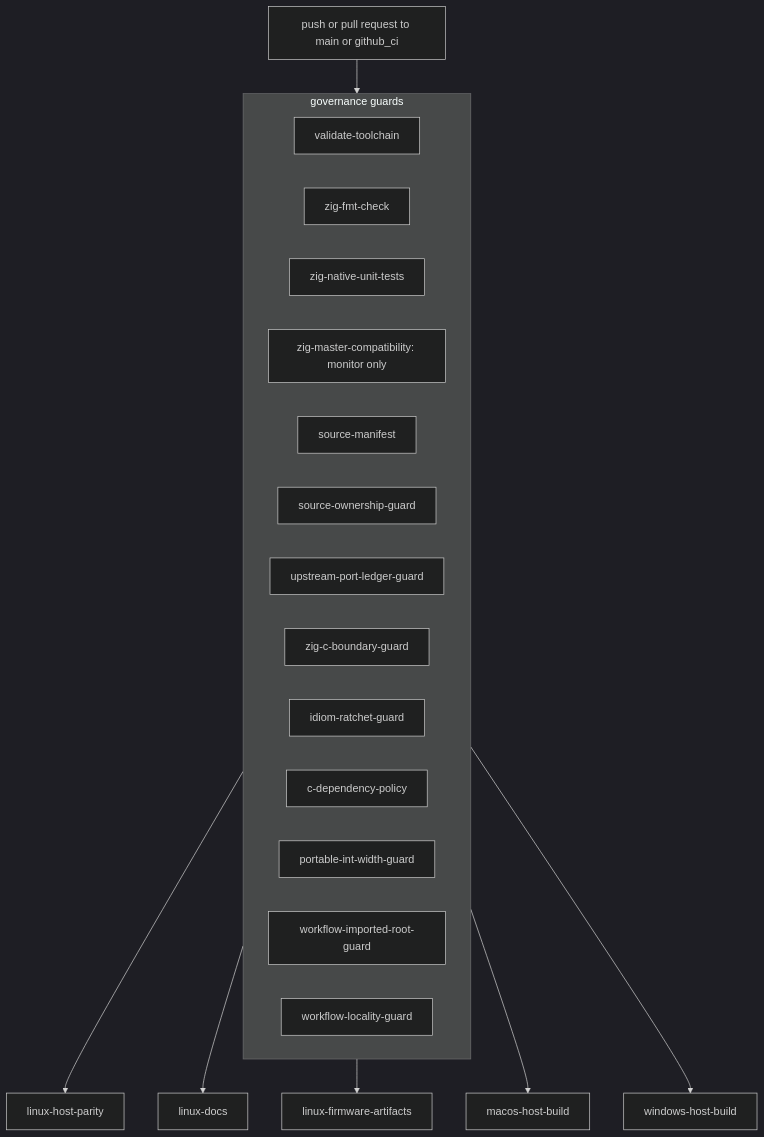
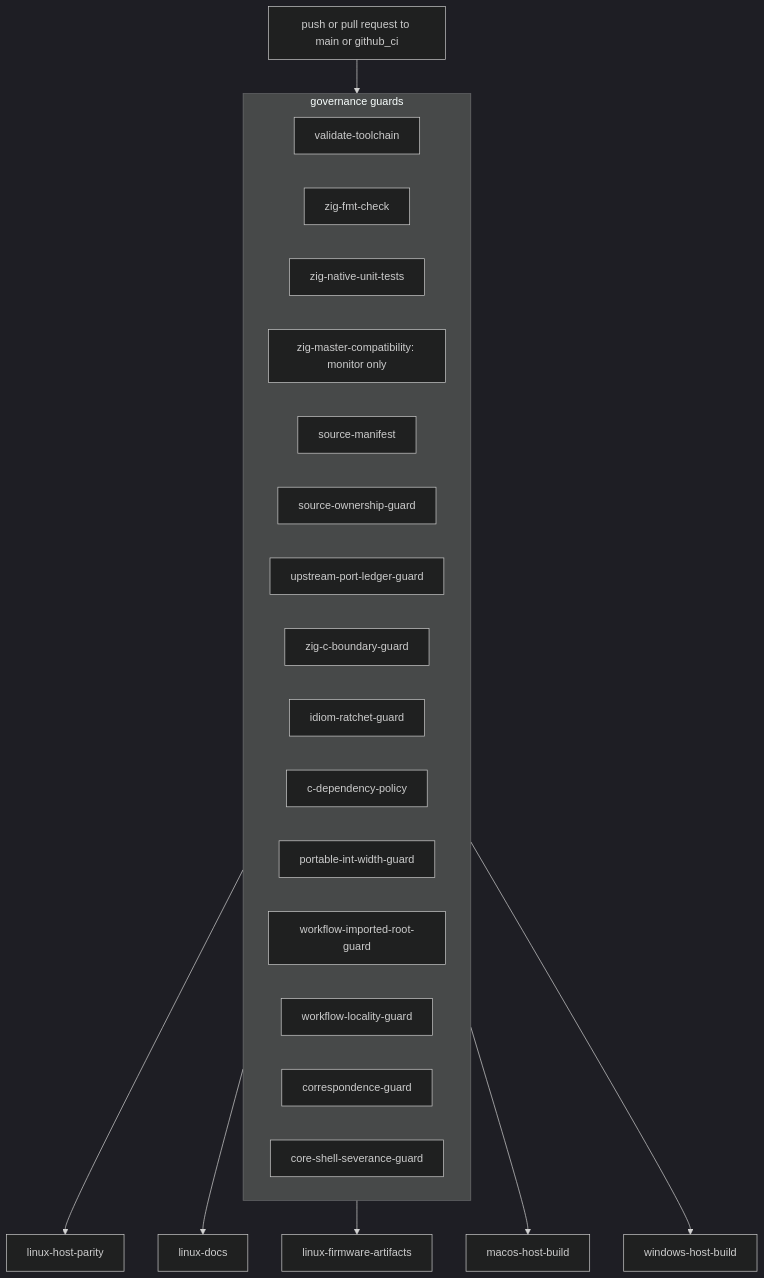
The diagram in docs/60-ci-and-release-workflow.md (ppigazzini/z47), drawn with Mermaid (dark theme) before and after one commit. The commit also changed other lines of this file and 15 other files, not shown here.

````diff
--- a/docs/60-ci-and-release-workflow.md
+++ b/docs/60-ci-and-release-workflow.md
@@ -31,27 +32,29 @@
 ```mermaid
 flowchart TD
   A[push or pull request to main or github_ci]
 
   subgraph guards[governance guards]
     B[validate-toolchain]
     C[zig-fmt-check]
     D[zig-native-unit-tests]
     E[zig-master-compatibility: monitor only]
     F[source-manifest]
     G[source-ownership-guard]
     H[upstream-port-ledger-guard]
     I[zig-c-boundary-guard]
     J[idiom-ratchet-guard]
     K[c-dependency-policy]
     L[portable-int-width-guard]
     M[workflow-imported-root-guard]
     N[workflow-locality-guard]
+    O[correspondence-guard]
+    P2[core-shell-severance-guard]
   end
 
   A --> guards
   guards --> P[linux-host-parity]
   guards --> Q[linux-docs]
   guards --> R[linux-firmware-artifacts]
   guards --> S[macos-host-build]
   guards --> T[windows-host-build]
 ```
````
